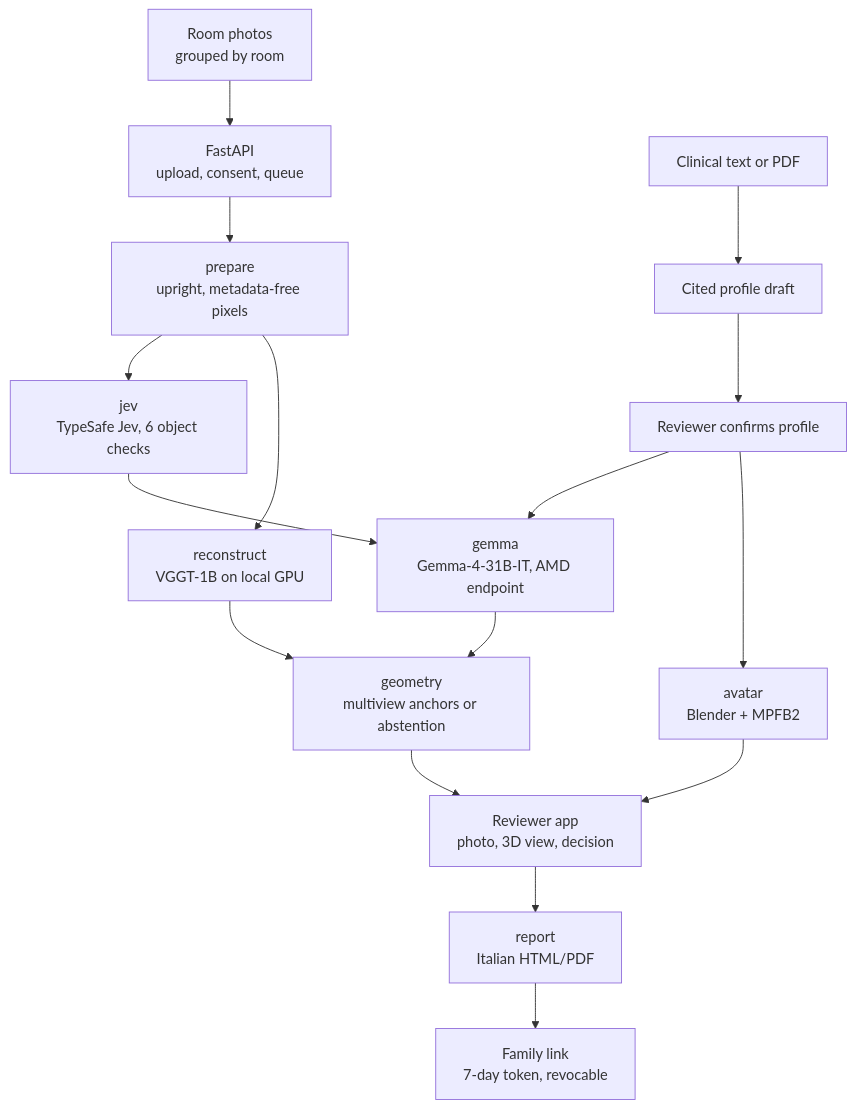
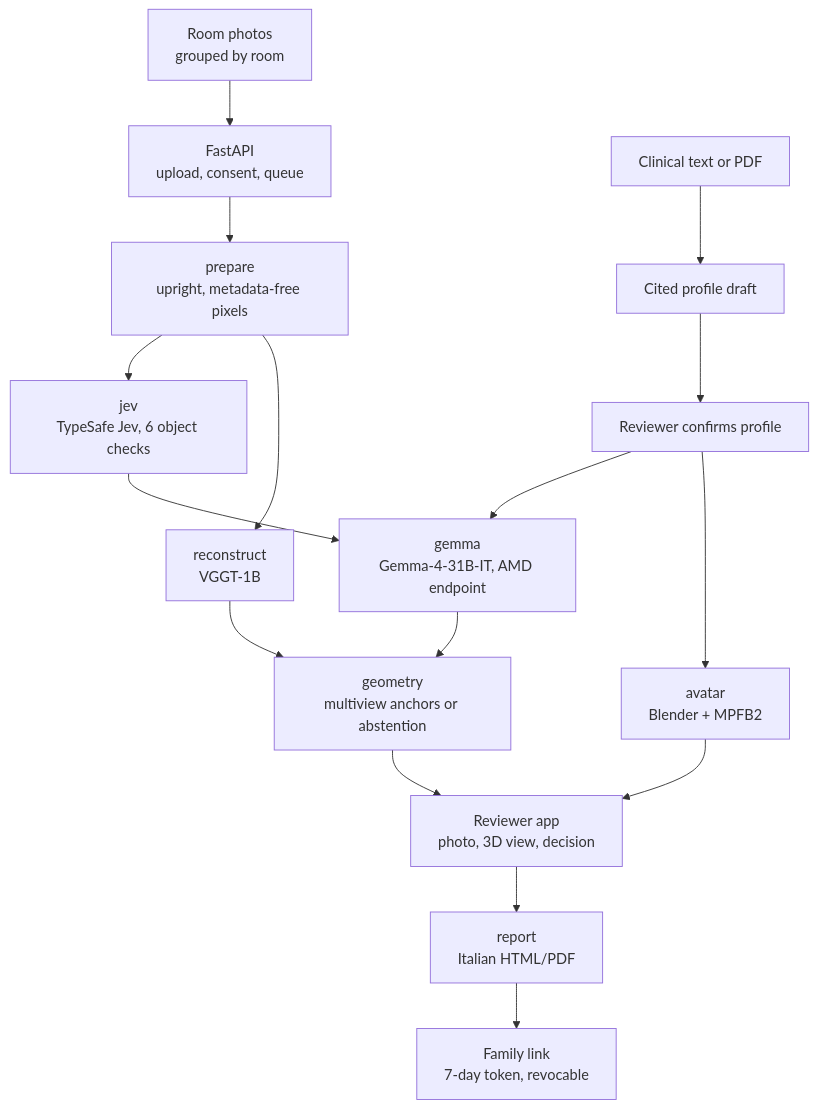
The diagram in README.md (jacopopper/amd-hack), drawn with Mermaid before and after one commit. The commit also changed other lines of this file and 12 other files, not shown here.

````diff
--- a/README.md
+++ b/README.md
@@ -33,18 +258,18 @@
 ```mermaid
 flowchart TD
     PH["Room photos<br/>grouped by room"] --> API["FastAPI<br/>upload, consent, queue"]
     DOC["Clinical text or PDF"] --> PROF["Cited profile draft"]
     PROF --> CONF["Reviewer confirms profile"]
     API --> PREP["prepare<br/>upright, metadata-free pixels"]
     PREP --> JEV["jev<br/>TypeSafe Jev, 6 object checks"]
-    PREP --> VGGT["reconstruct<br/>VGGT-1B on local GPU"]
+    PREP --> VGGT["reconstruct<br/>VGGT-1B"]
     JEV --> GEM["gemma<br/>Gemma-4-31B-IT, AMD endpoint"]
     CONF --> GEM
     GEM --> GEO["geometry<br/>multiview anchors or abstention"]
     VGGT --> GEO
     CONF --> AV["avatar<br/>Blender + MPFB2"]
     GEO --> REV["Reviewer app<br/>photo, 3D view, decision"]
     AV --> REV
     REV --> RPT["report<br/>Italian HTML/PDF"]
     RPT --> FAM["Family link<br/>7-day token, revocable"]
 ```
````
